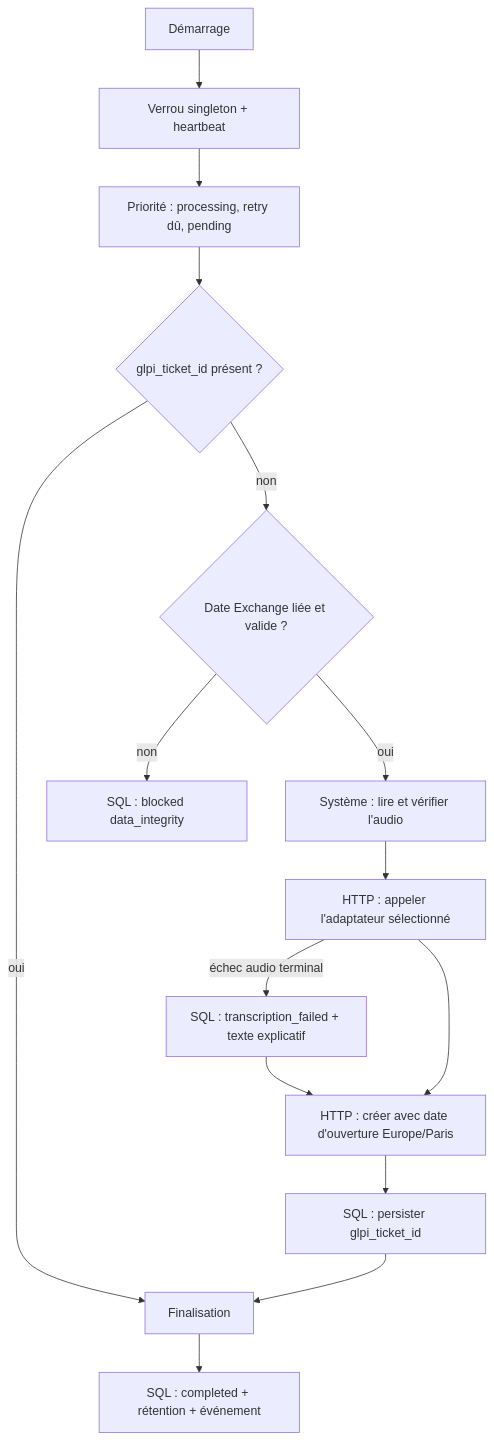
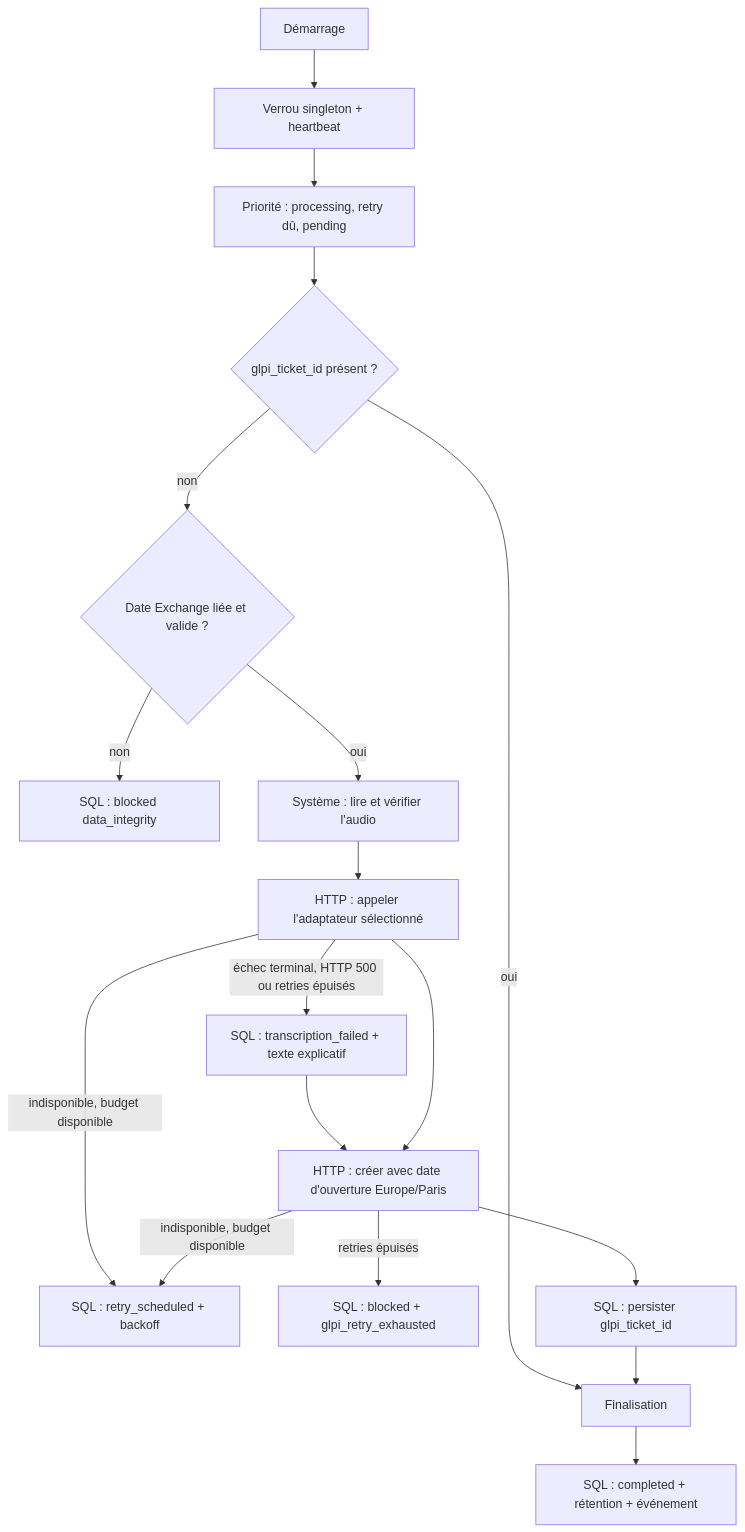
The third of 5 diagrams in docs/mvp-architecture.md (dev-vauclaire/mevo2glpi), drawn with Mermaid before and after one commit. The commit also changed other lines of this file and 19 other files, not shown here.

Commit message:
fix(worker): bound transcription and GLPI retries

````diff
--- a/docs/mvp-architecture.md
+++ b/docs/mvp-architecture.md
@@ -308,17 +308,20 @@
 ```mermaid
 flowchart TD
     Start[Démarrage] --> Lock[Verrou singleton + heartbeat]
     Lock --> Select[Priorité : processing, retry dû, pending]
     Select --> HasTicket{glpi_ticket_id présent ?}
     HasTicket -->|oui| Finalize[Finalisation]
     HasTicket -->|non| SourceDate{Date Exchange liée et valide ?}
     SourceDate -->|non| Blocked[SQL : blocked data_integrity]
     SourceDate -->|oui| Read[Système : lire et vérifier l'audio]
     Read --> Transcribe[HTTP : appeler l'adaptateur sélectionné]
-    Transcribe -->|échec audio terminal| Fallback[SQL : transcription_failed + texte explicatif]
+    Transcribe -->|échec terminal, HTTP 500 ou retries épuisés| Fallback[SQL : transcription_failed + texte explicatif]
     Fallback --> GLPI
     Transcribe --> GLPI[HTTP : créer avec date d'ouverture Europe/Paris]
+    Transcribe -->|indisponible, budget disponible| Retry[SQL : retry_scheduled + backoff]
+    GLPI -->|indisponible, budget disponible| Retry
+    GLPI -->|retries épuisés| RetryBlocked[SQL : blocked + glpi_retry_exhausted]
     GLPI --> Persist[SQL : persister glpi_ticket_id]
     Persist --> Finalize
     Finalize --> Complete[SQL : completed + rétention + événement]
 ```
````
